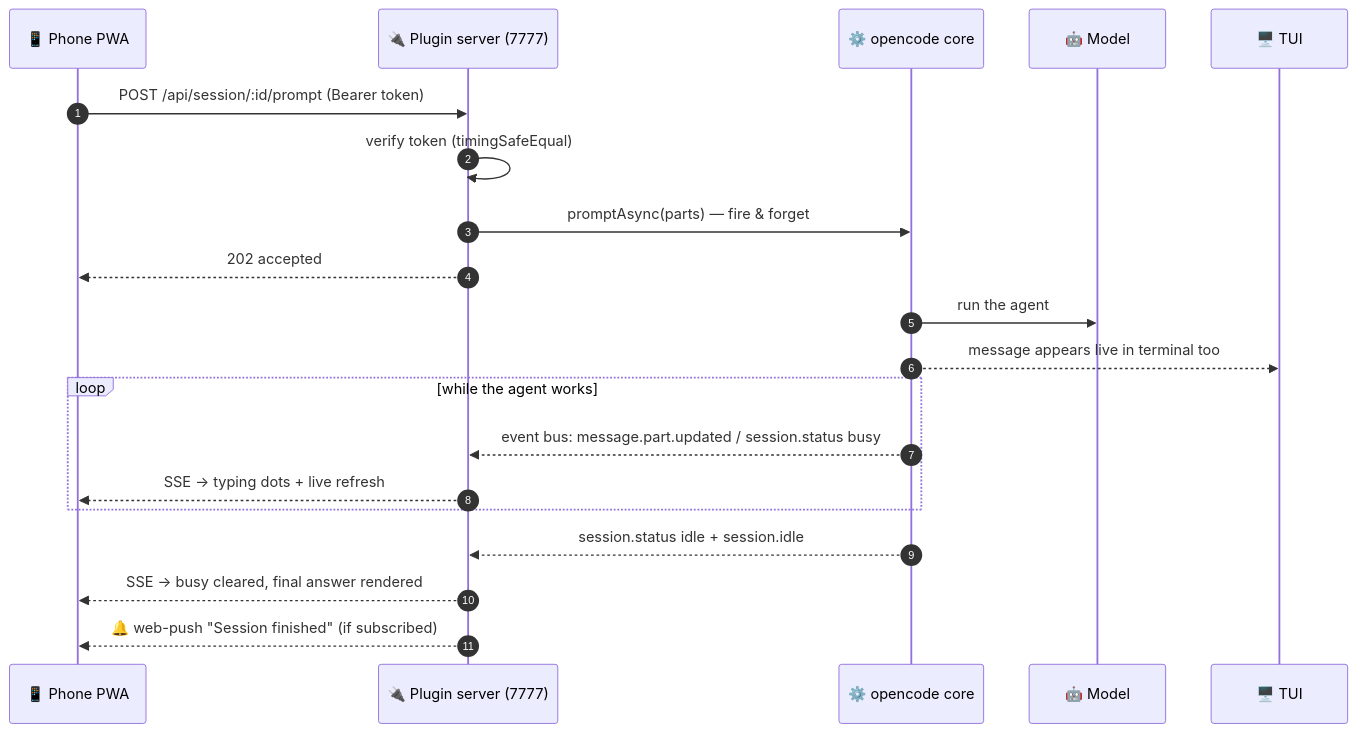
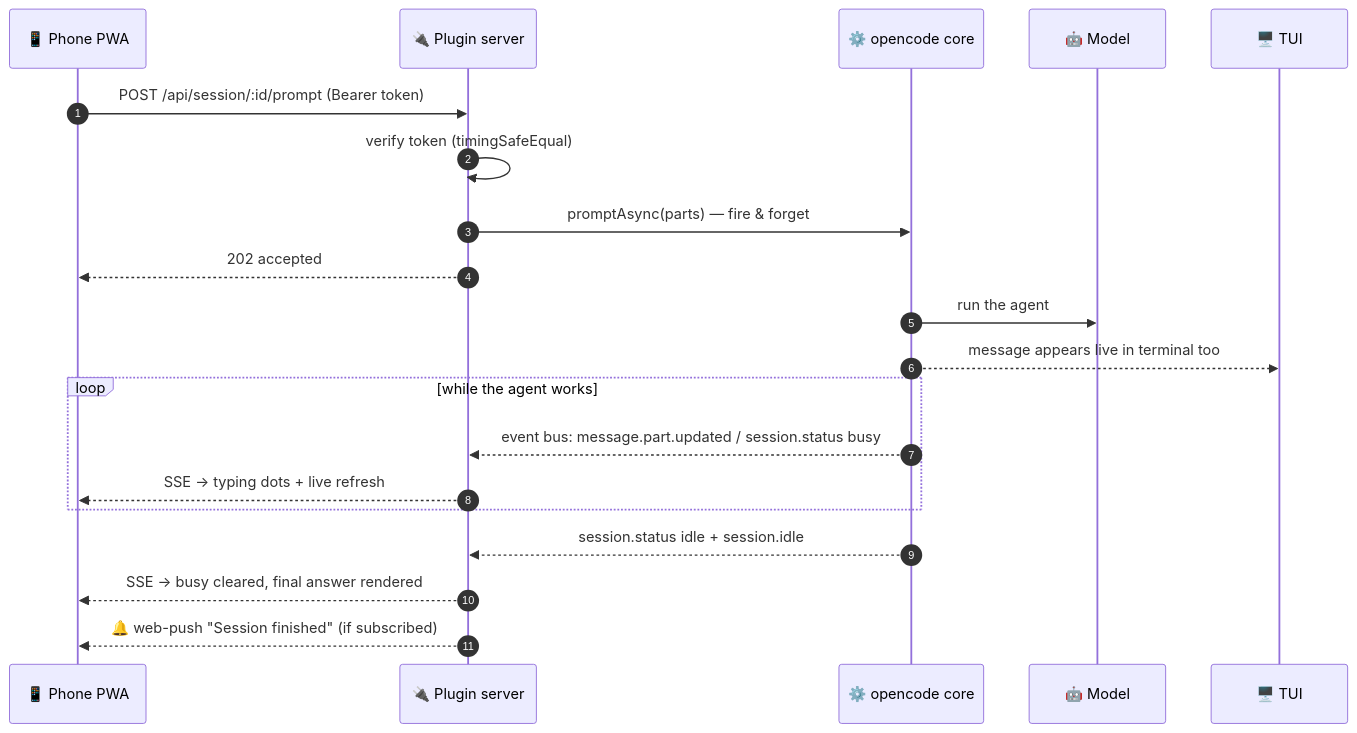
The second of 4 diagrams in README.md (AnkitPorwal04/opencode-phone-remote), drawn with Mermaid before and after one commit. The commit also changed other lines of this file, not shown here.

Commit message:
Fix mermaid syntax: split chained link, remove parens from participant name

````diff
--- a/README.md
+++ b/README.md
@@ -116,23 +117,23 @@
 ```mermaid
 sequenceDiagram
     autonumber
     participant P as 📱 Phone PWA
-    participant RC as 🔌 Plugin server (7777)
+    participant RC as 🔌 Plugin server
     participant OC as ⚙️ opencode core
     participant LLM as 🤖 Model
     participant TUI as 🖥️ TUI
 
     P->>RC: POST /api/session/:id/prompt (Bearer token)
     RC->>RC: verify token (timingSafeEqual)
     RC->>OC: promptAsync(parts) — fire & forget
     RC-->>P: 202 accepted
     OC->>LLM: run the agent
     OC-->>TUI: message appears live in terminal too
     loop while the agent works
         OC-->>RC: event bus: message.part.updated / session.status busy
         RC-->>P: SSE → typing dots + live refresh
     end
     OC-->>RC: session.status idle + session.idle
     RC-->>P: SSE → busy cleared, final answer rendered
     RC-->>P: 🔔 web-push "Session finished" (if subscribed)
 ```
````
